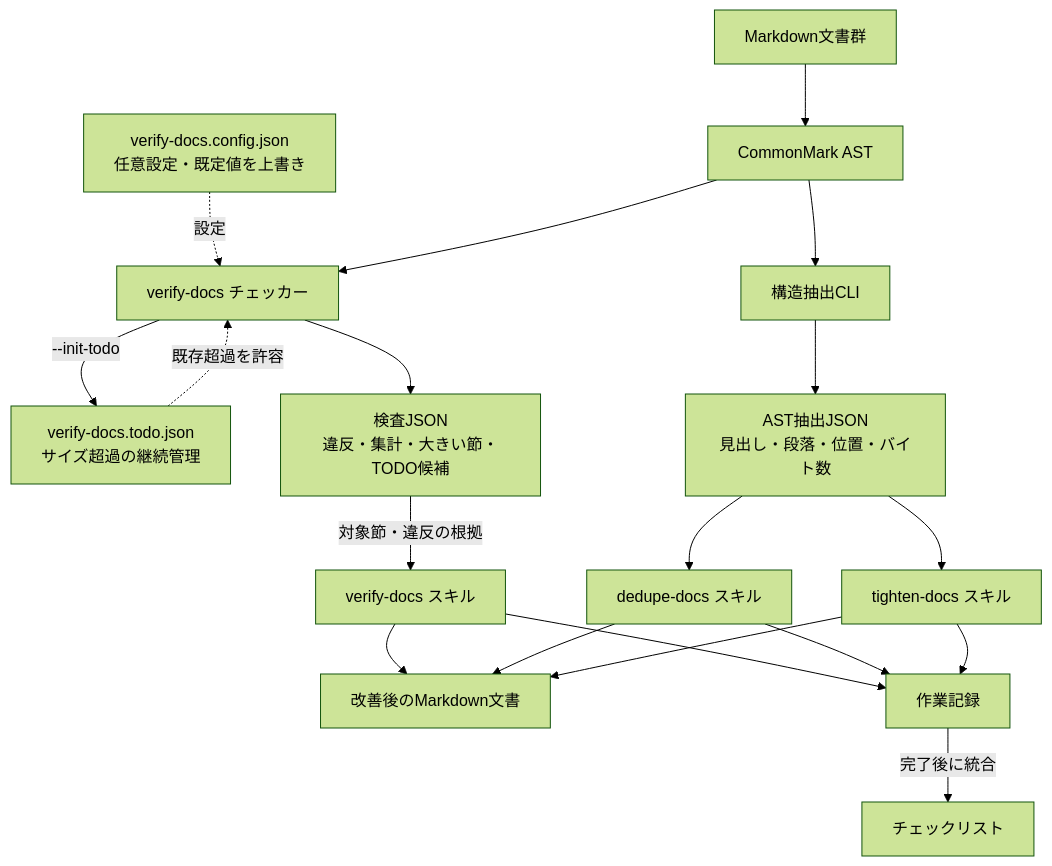
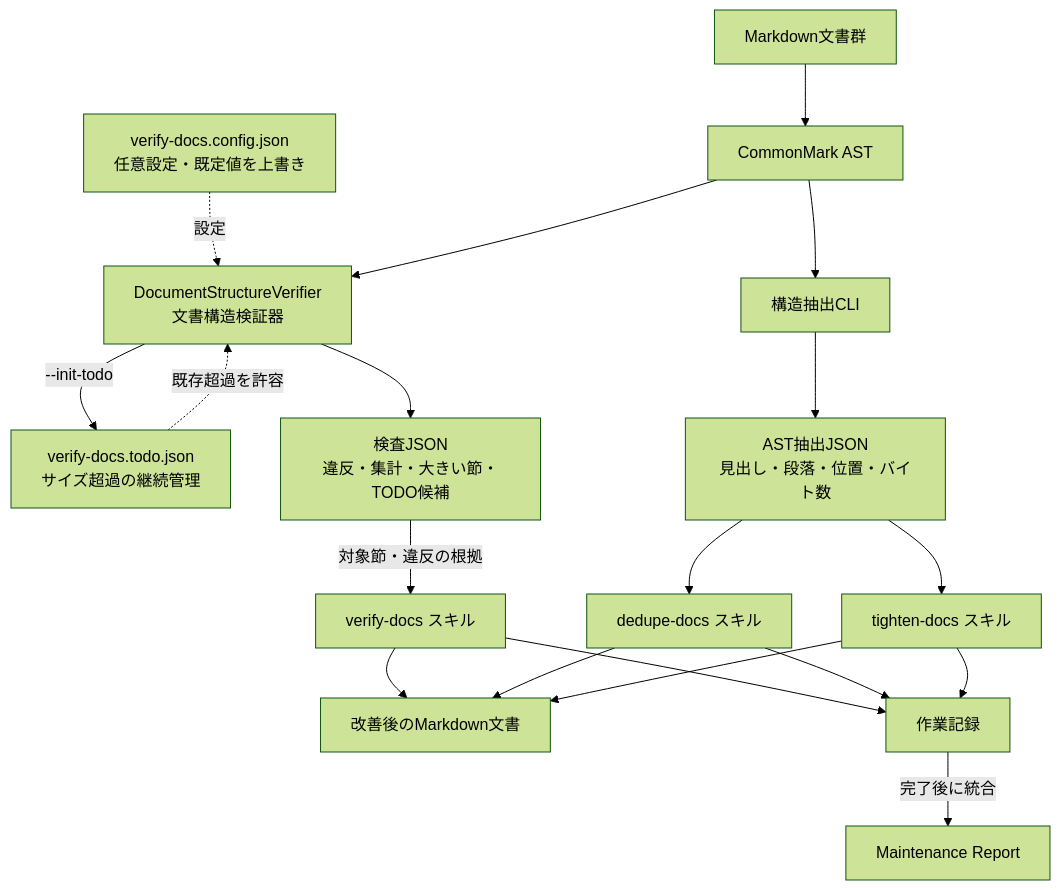
The diagram in packages/verify-docs/README.md (MichinaoShimizu/claude-kit), drawn with Mermaid (forest theme) before and after one commit. The commit also changed other lines of this file and 25 other files, not shown here.

````diff
--- a/packages/verify-docs/README.md
+++ b/packages/verify-docs/README.md
@@ -83,37 +83,37 @@
 ```mermaid
 flowchart TD
     Docs[Markdown文書群]
     Config[verify-docs.config.json<br/>任意設定・既定値を上書き]
     Todo[verify-docs.todo.json<br/>サイズ超過の継続管理]
     AST[CommonMark AST]
-    Checker[verify-docs チェッカー]
+    DocumentStructureVerifier[DocumentStructureVerifier<br/>文書構造検証器]
     CheckJSON[検査JSON<br/>違反・集計・大きい節・TODO候補]
     Extractor[構造抽出CLI]
     ASTJSON[AST抽出JSON<br/>見出し・段落・位置・バイト数]
     VerifySkill[verify-docs スキル]
     Dedupe[dedupe-docs スキル]
     Tighten[tighten-docs スキル]
     UpdatedDocs[改善後のMarkdown文書]
     WorkRecords[作業記録]
-    Checklist[チェックリスト]
+    MaintenanceReport[Maintenance Report]
 
     Docs --> AST
-    Config -.設定.-> Checker
-    Todo -.既存超過を許容.-> Checker
-    AST --> Checker
-    Checker --> CheckJSON
-    Checker -->|--init-todo| Todo
+    Config -.設定.-> DocumentStructureVerifier
+    Todo -.既存超過を許容.-> DocumentStructureVerifier
+    AST --> DocumentStructureVerifier
+    DocumentStructureVerifier --> CheckJSON
+    DocumentStructureVerifier -->|--init-todo| Todo
     CheckJSON -->|対象節・違反の根拠| VerifySkill
     VerifySkill --> WorkRecords
     VerifySkill --> UpdatedDocs
 
     AST --> Extractor
     Extractor --> ASTJSON
     ASTJSON --> Dedupe
     ASTJSON --> Tighten
     Dedupe --> WorkRecords
     Tighten --> WorkRecords
-    WorkRecords -->|完了後に統合| Checklist
+    WorkRecords -->|完了後に統合| MaintenanceReport
     Dedupe --> UpdatedDocs
     Tighten --> UpdatedDocs
 ```
````
